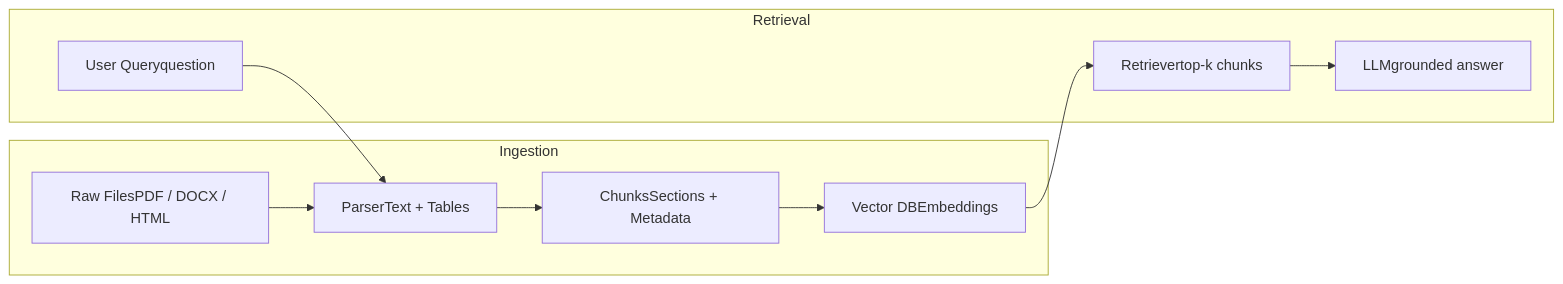
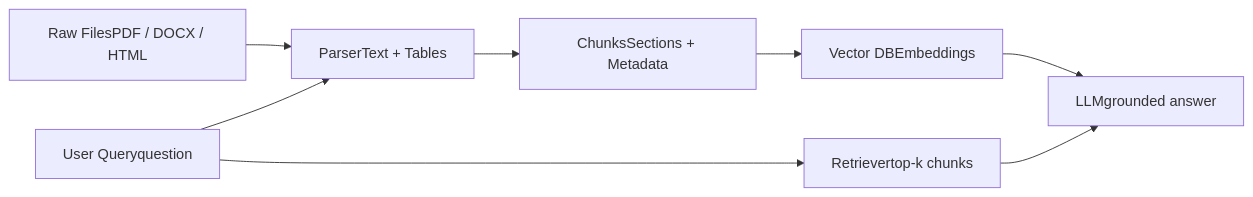
The second of 4 diagrams in Day30_RAG_Intro/data/llamaparse_output/rag_ready_document.md (rshajgude/GenAI_Daily), drawn with Mermaid before and after one commit. The commit also changed other lines of this file and 177 other files, not shown here.

````diff
--- a/Day30_RAG_Intro/data/llamaparse_output/rag_ready_document.md
+++ b/Day30_RAG_Intro/data/llamaparse_output/rag_ready_document.md
@@ -398,14 +400,10 @@
 ```mermaid
 graph LR
-    subgraph Ingestion
-    A[Raw FilesPDF / DOCX / HTML] --> B[ParserText + Tables]
-    B --> C[ChunksSections + Metadata]
-    C --> D[Vector DBEmbeddings]
-    end
-
-    subgraph Retrieval
-    E[User Queryquestion] --> B
-    D --> F[Retrievertop-k chunks]
-    F --> G[LLMgrounded answer]
-    end
+    RawFiles["Raw FilesPDF / DOCX / HTML"] --> Parser["ParserText + Tables"]
+    Parser --> Chunks["ChunksSections + Metadata"]
+    Chunks --> VectorDB["Vector DBEmbeddings"]
+    VectorDB --> LLM["LLMgrounded answer"]
+    UserQuery["User Queryquestion"] --> Retriever["Retrievertop-k chunks"]
+    Retriever --> LLM
+    UserQuery --> Parser
 ```
````
